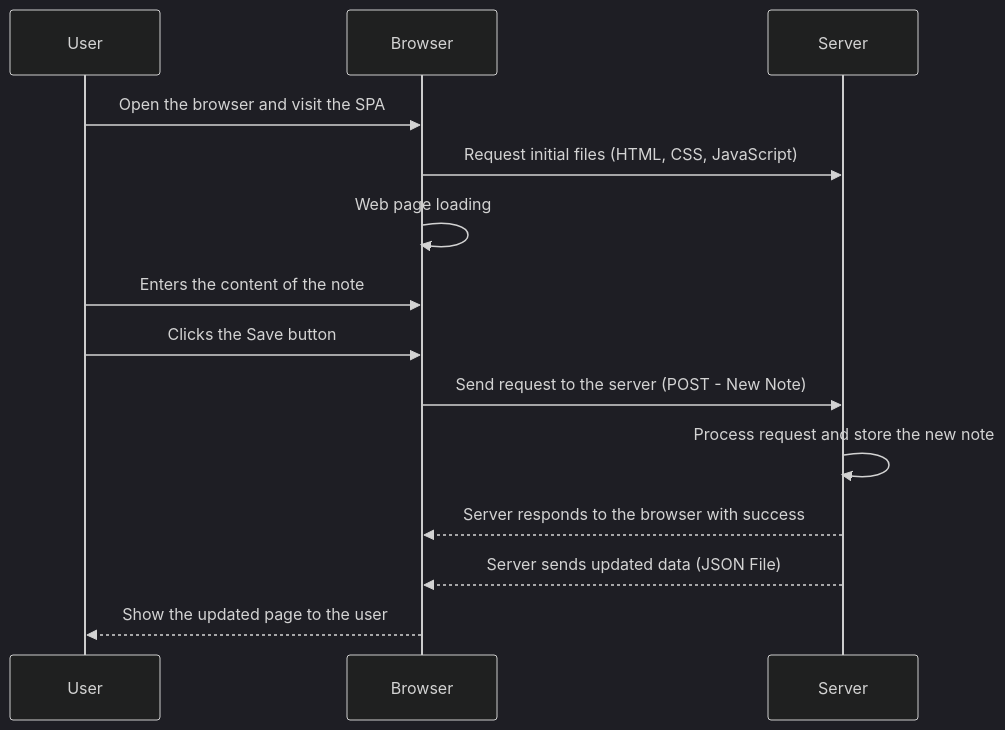
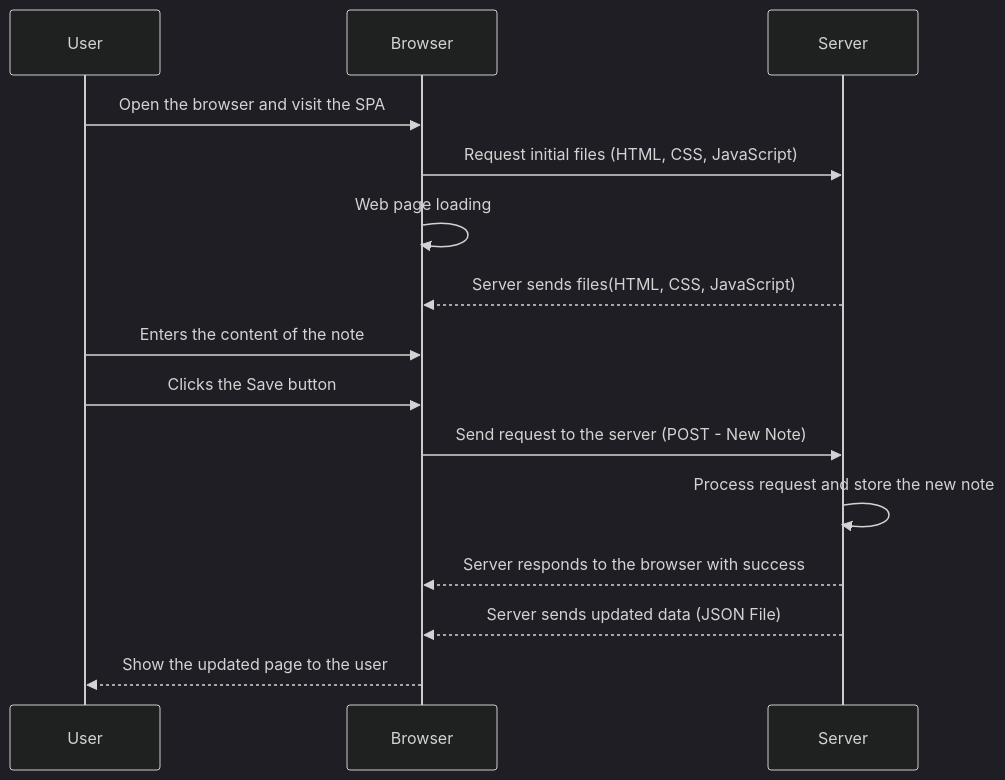
Before and after one commit to 0sc4rj/fullstack: the diagram in part0/exercise06.md, drawn with Mermaid (dark theme).

Commit message:
Exercise

````diff
--- a/part0/exercise06.md
+++ b/part0/exercise06.md
@@ -3,17 +3,18 @@
 ```mermaid
 sequenceDiagram
     participant User
     participant Browser
     participant Server
 
     User->>Browser: Open the browser and visit the SPA
     Browser->>Server: Request initial files (HTML, CSS, JavaScript)
     Browser->>Browser: Web page loading
+    Server-->>Browser: Server sends files(HTML, CSS, JavaScript)
     User->>Browser: Enters the content of the note
     User->>Browser: Clicks the Save button
     Browser->>Server: Send request to the server (POST - New Note)
     Server->>Server: Process request and store the new note
     Server-->>Browser: Server responds to the browser with success
     Server-->>Browser: Server sends updated data (JSON File)
     Browser-->>User: Show the updated page to the user
 ```
````
